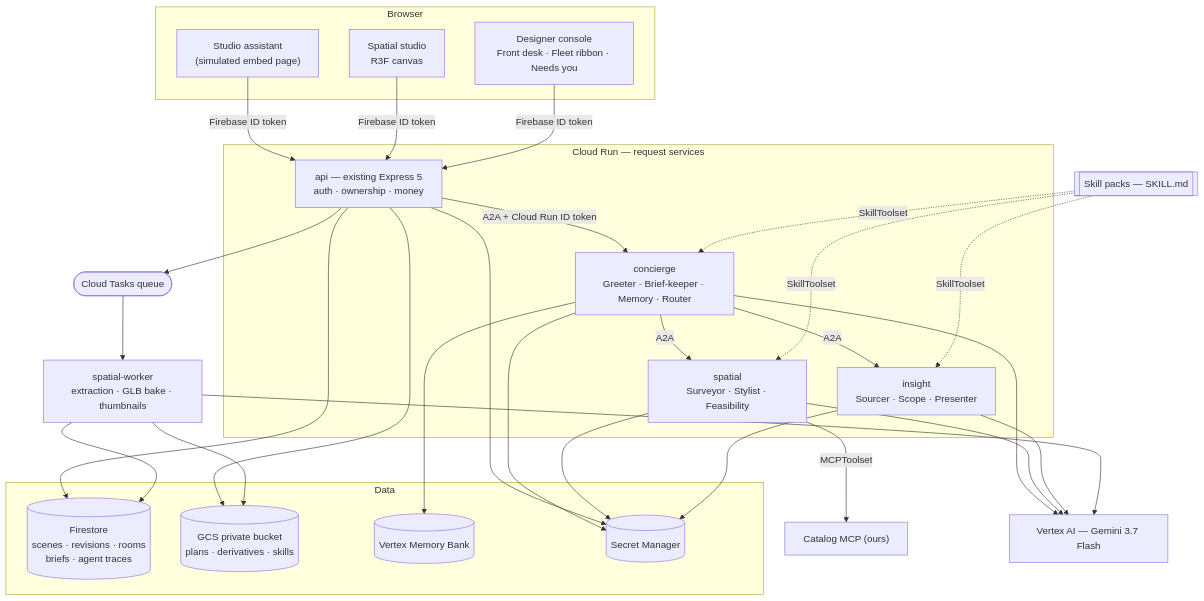
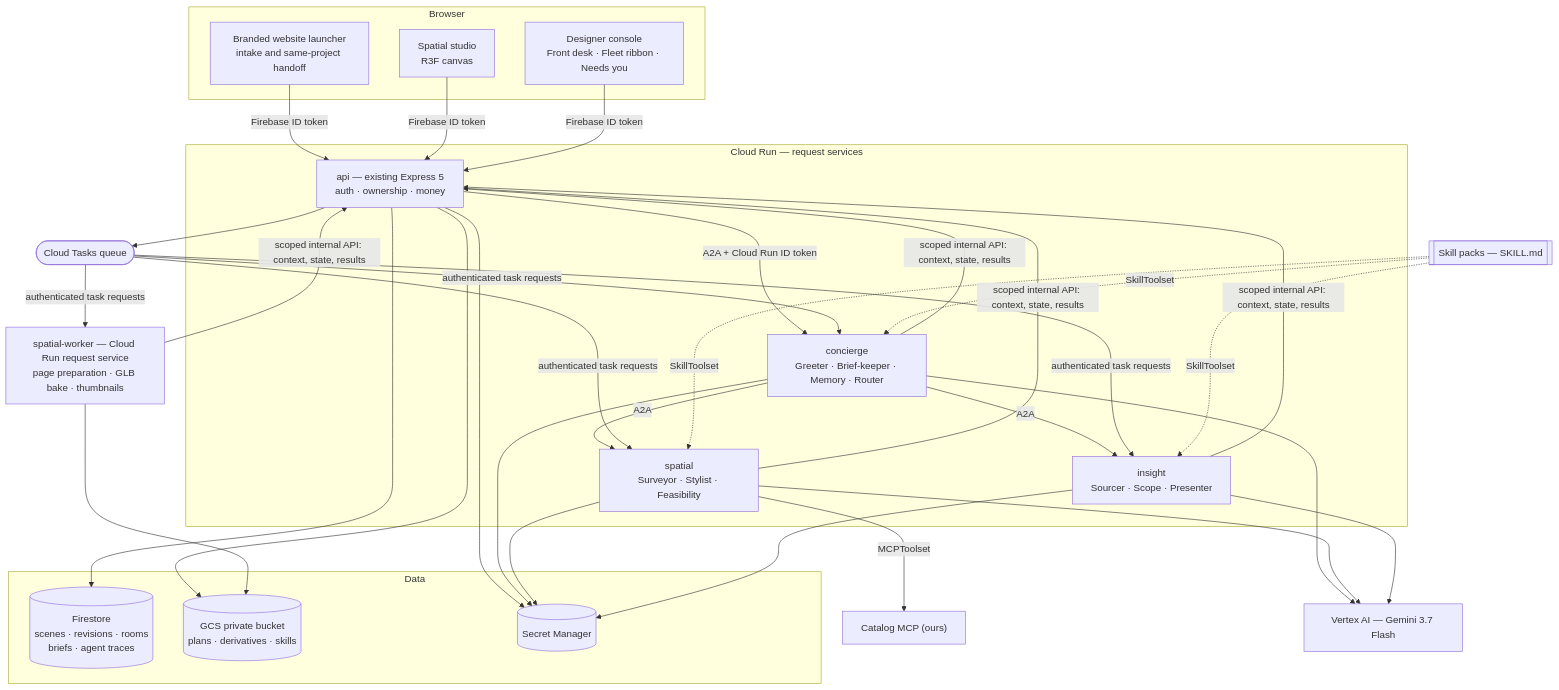
One commit to jayanth-mkv/vibe-estimate changed the first of 2 diagrams in docs/plan/v2.md. Above: the diagram before and after it, drawn with Mermaid. The commit also changed other lines of this file and 8 other files, not shown here.

````diff
--- a/docs/plan/v2.md
+++ b/docs/plan/v2.md
@@ -88,42 +99,42 @@
 ```mermaid
 flowchart TB
   subgraph Browser
-    W["Studio assistant<br/>(simulated embed page)"]
+    W["Branded website launcher<br/>intake and same-project handoff"]
     S["Spatial studio<br/>R3F canvas"]
     C["Designer console<br/>Front desk · Fleet ribbon · Needs you"]
   end
 
   subgraph "Cloud Run — request services"
     API["api — existing Express 5<br/>auth · ownership · money"]
     CON["concierge<br/>Greeter · Brief-keeper · Memory · Router"]
     SPA["spatial<br/>Surveyor · Stylist · Feasibility"]
     INS["insight<br/>Sourcer · Scope · Presenter"]
   end
 
-  WP["spatial-worker<br/>extraction · GLB bake · thumbnails"]
+  WP["spatial-worker — Cloud Run request service<br/>page preparation · GLB bake · thumbnails"]
 
   subgraph Data
     FS[("Firestore<br/>scenes · revisions · rooms<br/>briefs · agent traces")]
     GCS[("GCS private bucket<br/>plans · derivatives · skills")]
-    MB[("Vertex Memory Bank")]
     SM[("Secret Manager")]
   end
 
   MCAT["Catalog MCP (ours)"]
   SK[["Skill packs — SKILL.md"]]
   VX["Vertex AI — Gemini 3.7 Flash"]
   PS(["Cloud Tasks queue"])
 
   W & S & C -->|Firebase ID token| API
   API -->|A2A + Cloud Run ID token| CON
   CON -->|A2A| SPA
   CON -->|A2A| INS
-  API --> PS --> WP
-  CON & SPA & INS & WP --> VX
-  CON --> MB
+  API --> PS
+  PS -->|authenticated task requests| CON & SPA & INS & WP
+  CON & SPA & INS --> VX
   SPA -->|MCPToolset| MCAT
   SK -.->|SkillToolset| CON & SPA & INS
-  API & WP --> FS
+  CON & SPA & INS & WP -->|scoped internal API: context, state, results| API
+  API --> FS
   API & WP --> GCS
   API & CON & SPA & INS --> SM
 ```
````
